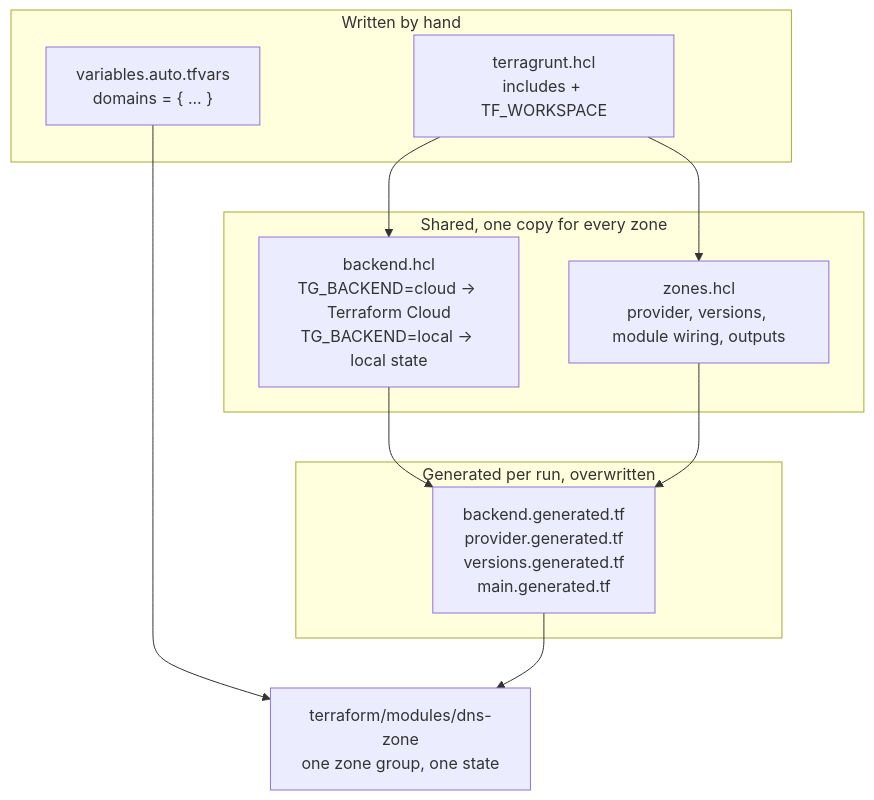
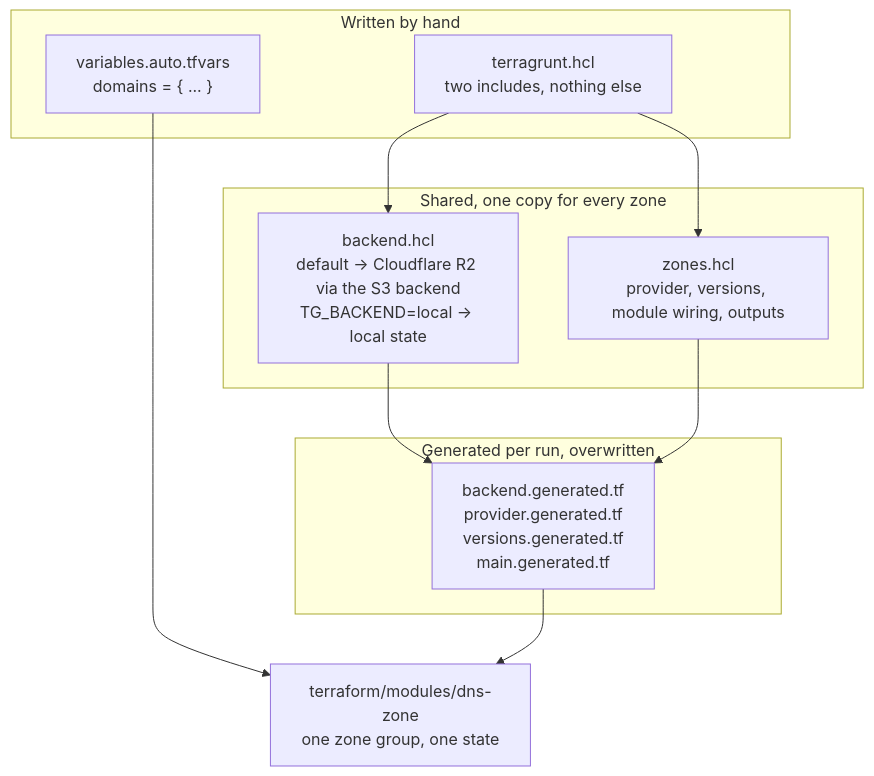
Before and after one commit to gennadiygrinenko/cloudflare-dns-iac-template: the first of 2 diagrams in docs/PIPELINES.md, drawn with Mermaid. The commit also changed other lines of this file and 10 other files, not shown here.

First line of the commit message:
feat: keep state in Cloudflare R2 instead of Terraform Cloud

````diff
--- a/docs/PIPELINES.md
+++ b/docs/PIPELINES.md
@@ -25,25 +25,25 @@
 ```mermaid
 flowchart TD
     subgraph written["Written by hand"]
         tfvars["variables.auto.tfvars<br/>domains = { ... }"]
-        tghcl["terragrunt.hcl<br/>includes + TF_WORKSPACE"]
+        tghcl["terragrunt.hcl<br/>two includes, nothing else"]
     end
 
     subgraph shared["Shared, one copy for every zone"]
-        backend["backend.hcl<br/>TG_BACKEND=cloud → Terraform Cloud<br/>TG_BACKEND=local → local state"]
+        backend["backend.hcl<br/>default → Cloudflare R2 via the S3 backend<br/>TG_BACKEND=local → local state"]
         zones["zones.hcl<br/>provider, versions, module wiring, outputs"]
     end
 
     subgraph generated["Generated per run, overwritten"]
         gen["backend.generated.tf<br/>provider.generated.tf<br/>versions.generated.tf<br/>main.generated.tf"]
     end
 
     module["terraform/modules/dns-zone<br/>one zone group, one state"]
 
     tghcl --> backend
     tghcl --> zones
     backend --> gen
     zones --> gen
     tfvars --> module
     gen --> module
 ```
````
